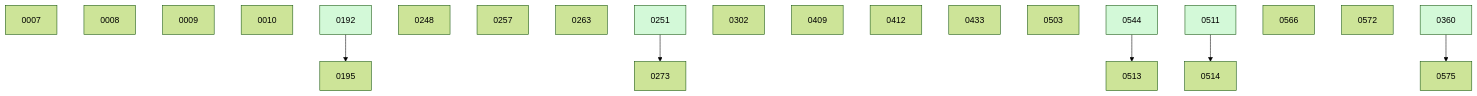
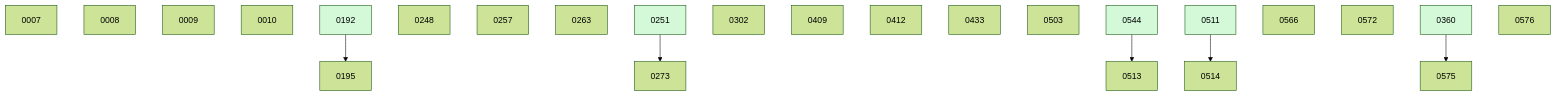
The diagram in docs/changes/BOARD.md (danielhanold/docket), drawn with Mermaid (forest theme) before and after one commit. The commit also changed other lines of this file and 1 other file, not shown here.

````diff
--- a/docs/changes/BOARD.md
+++ b/docs/changes/BOARD.md
@@ -34,28 +35,29 @@
 ```mermaid
 graph TD
   0007
   0008
   0009
   0010
   0192 --> 0195
   0248
   0257
   0263
   0251 --> 0273
   0302
   0409
   0412
   0433
   0503
   0544 --> 0513
   0511 --> 0514
   0566
   0572
   0360 --> 0575
+  0576
   0192:::done
   0251:::done
   0360:::done
   0511:::done
   0544:::done
   classDef done fill:#d3f9d8;
 ```
````
